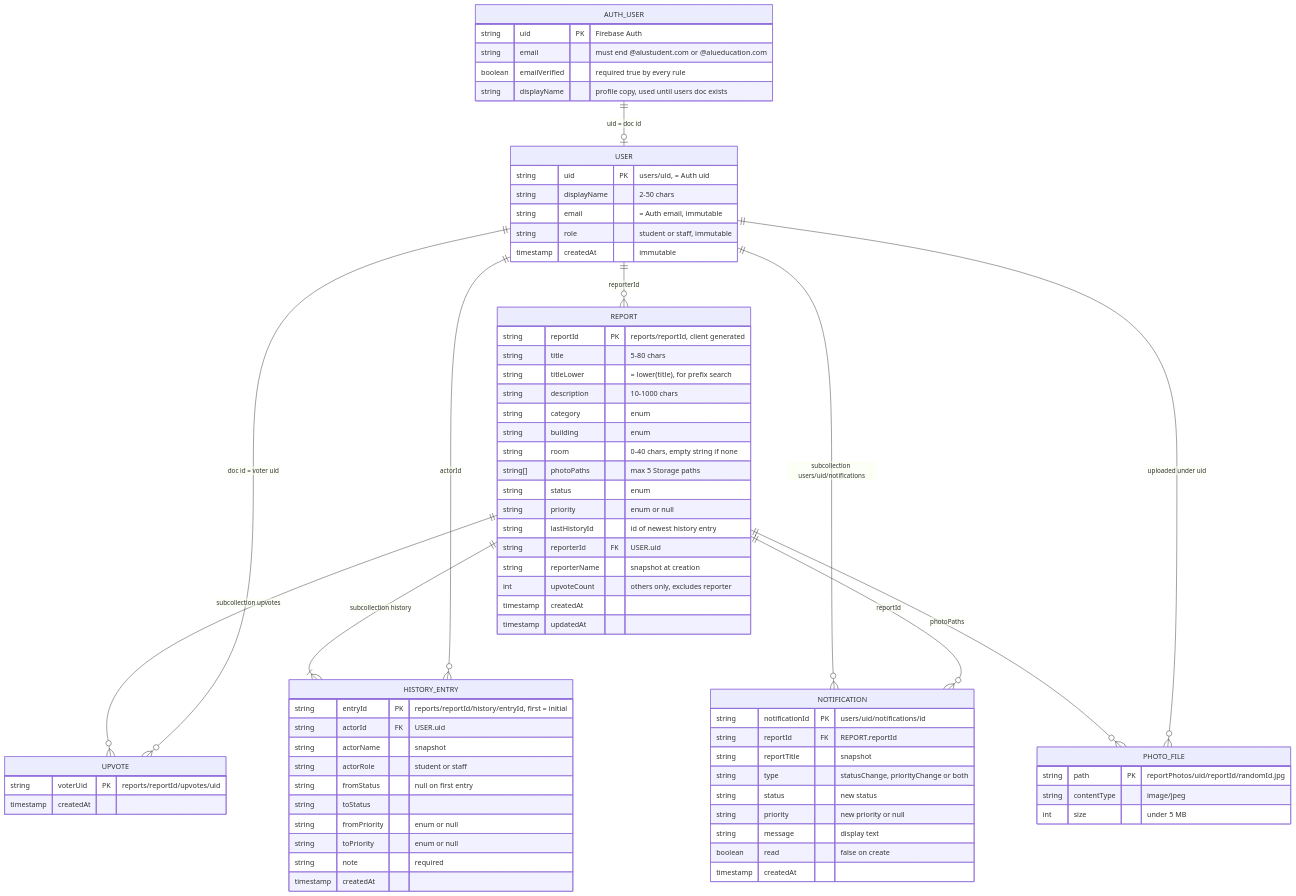
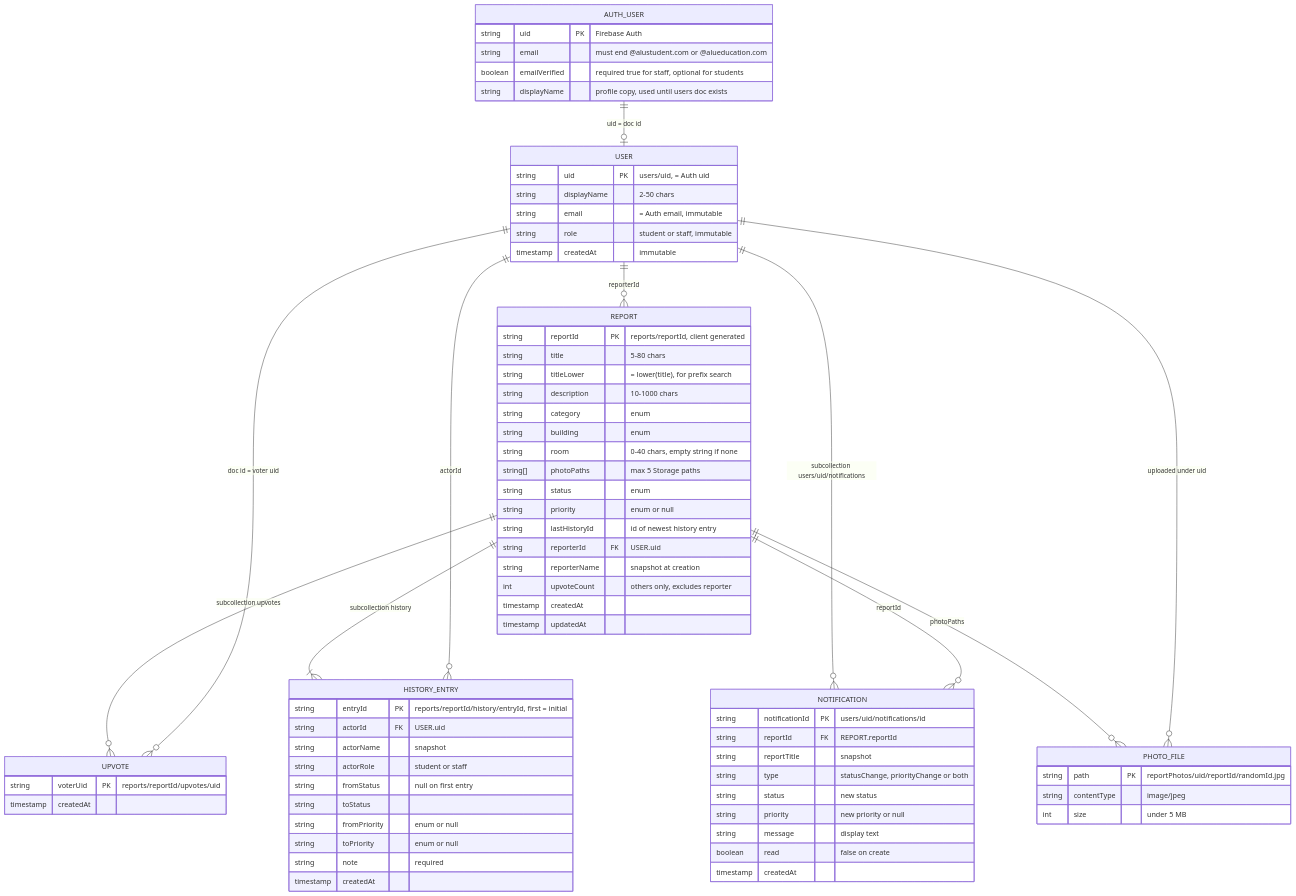
The diagram in docs/Hero Database Design.md (rebakevin/Hero), drawn with Mermaid before and after one commit. The commit also changed other lines of this file and 5 other files, not shown here.

Commit message:
document optional email verification for students

```diff
--- a/docs/Hero Database Design.md
+++ b/docs/Hero Database Design.md
@@ -71,7 +71,7 @@
     AUTH_USER {
         string uid PK "Firebase Auth"
         string email "must end @alustudent.com or @alueducation.com"
-        boolean emailVerified "required true by every rule"
+        boolean emailVerified "required true for staff, optional for students"
         string displayName "profile copy, used until users doc exists"
     }
 
```
